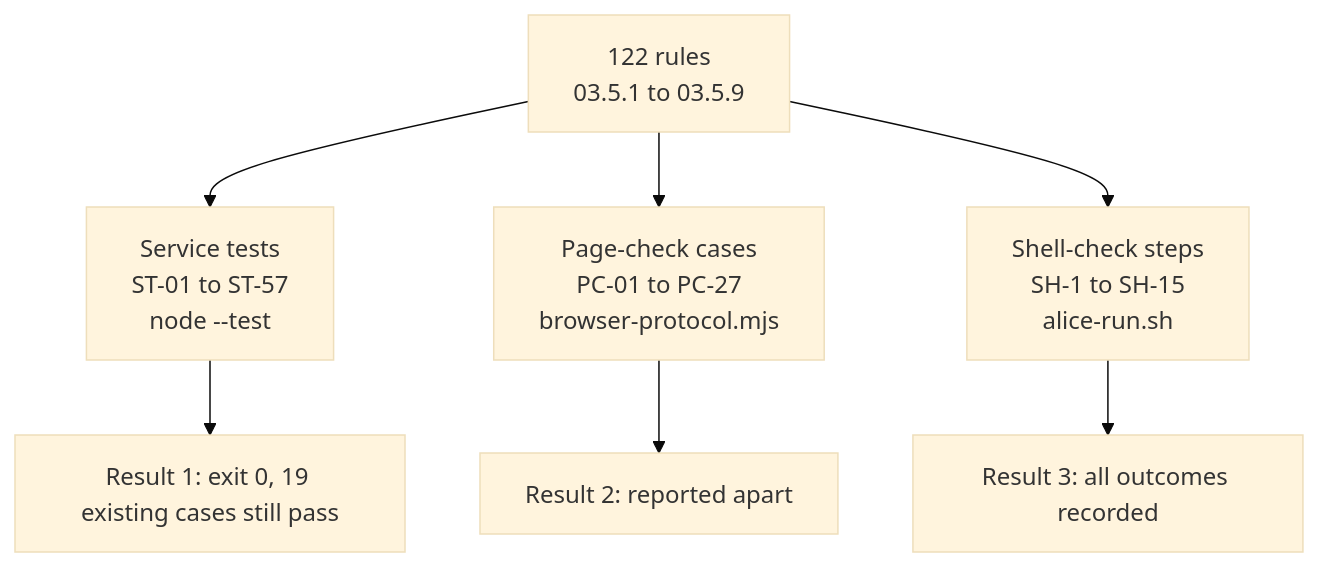
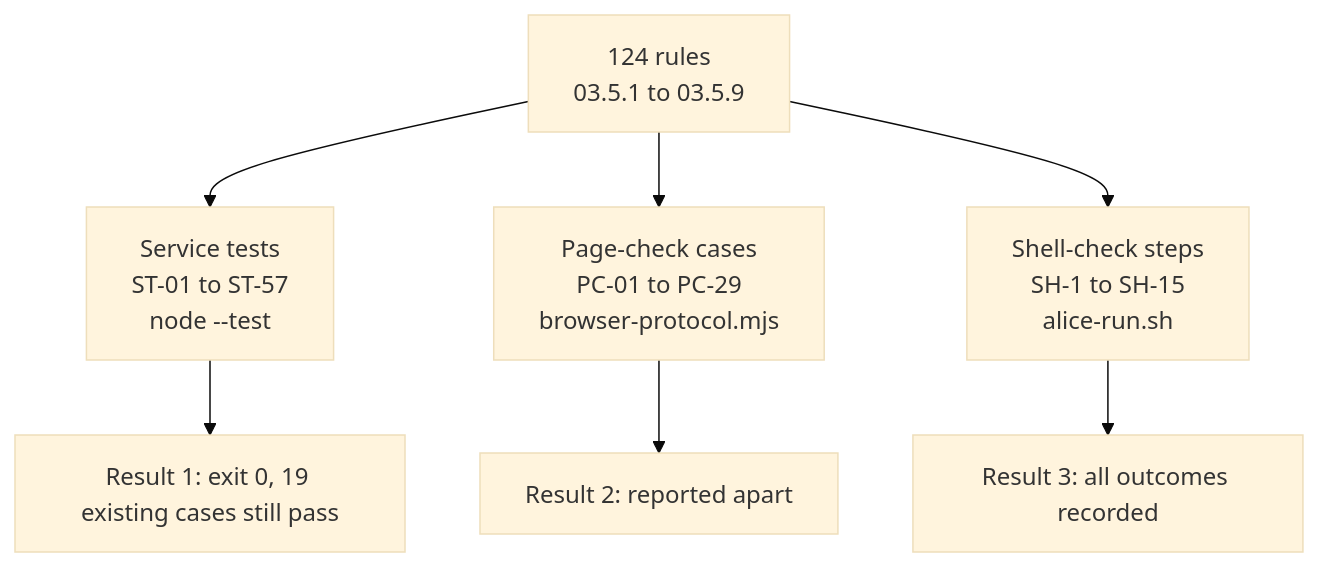
Before and after one commit to Elustondo-ai/alice.good.meetings: the diagram in docs/asdg/08-low-level-design/03.6-sprint-003-test-map.md, drawn with Mermaid (base theme). The commit also changed other lines of this file and 61 other files, not shown here.

````diff
--- a/docs/asdg/08-low-level-design/03.6-sprint-003-test-map.md
+++ b/docs/asdg/08-low-level-design/03.6-sprint-003-test-map.md
@@ -5,9 +5,9 @@
 ```mermaid
 flowchart TD
-    SP["122 rules<br/>03.5.1 to 03.5.9"] --> ST["Service tests<br/>ST-01 to ST-57<br/>node --test"]
-    SP --> PC["Page-check cases<br/>PC-01 to PC-27<br/>browser-protocol.mjs"]
+    SP["124 rules<br/>03.5.1 to 03.5.9"] --> ST["Service tests<br/>ST-01 to ST-57<br/>node --test"]
+    SP --> PC["Page-check cases<br/>PC-01 to PC-29<br/>browser-protocol.mjs"]
     SP --> SH["Shell-check steps<br/>SH-1 to SH-15<br/>alice-run.sh"]
     ST --> R1["Result 1: exit 0, 19 existing cases still pass"]
     PC --> R2["Result 2: reported apart"]
     SH --> R3["Result 3: all outcomes recorded"]
 ```
````
